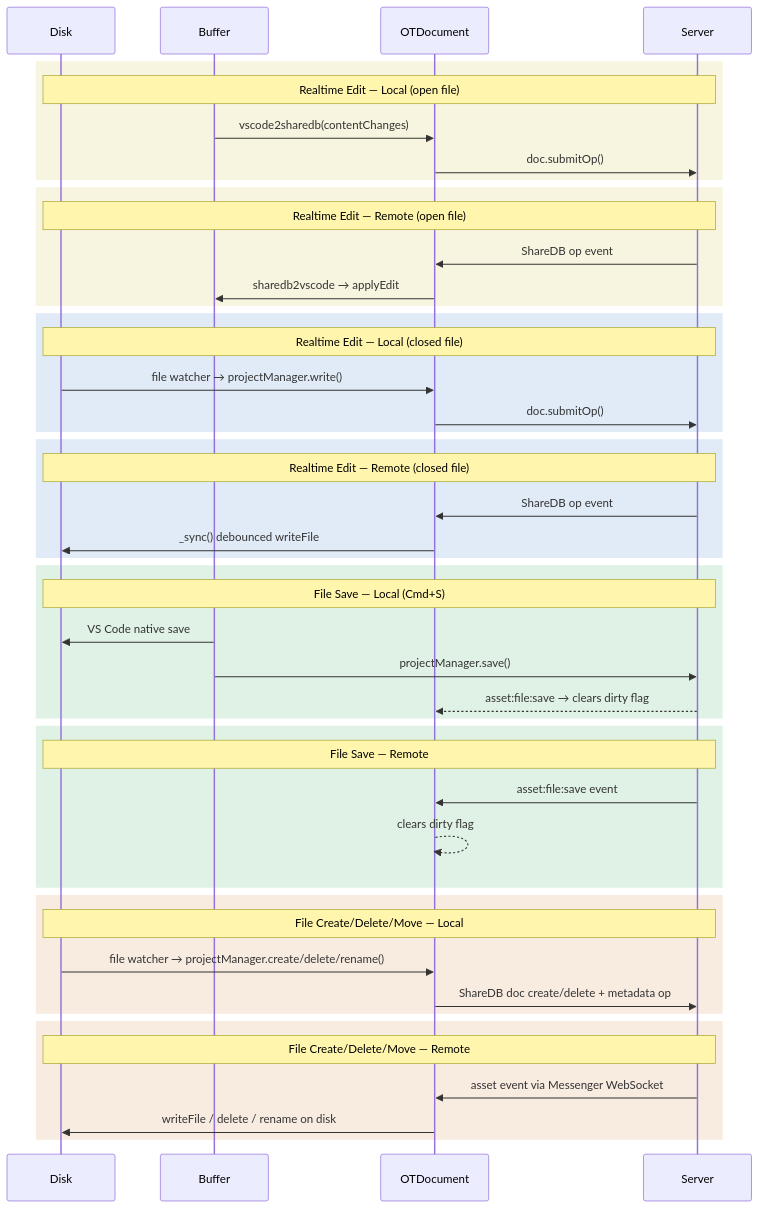
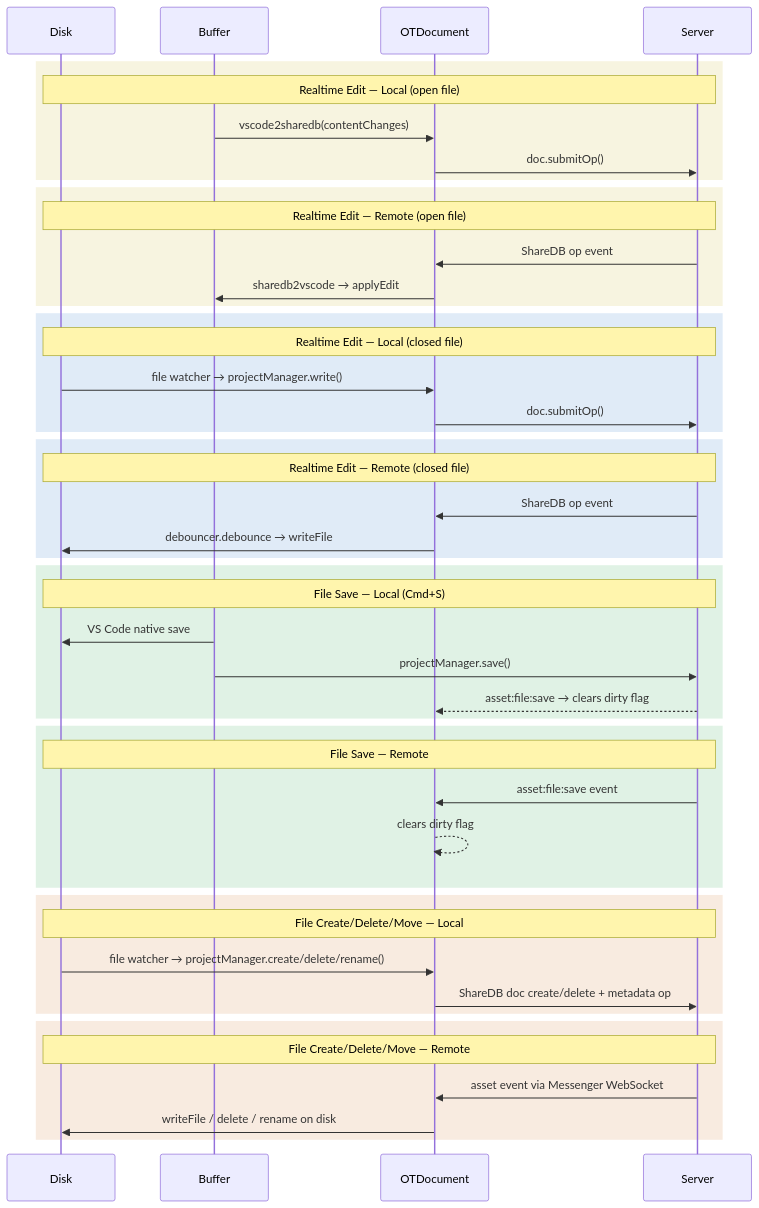
The diagram in README.md (playcanvas/vscode-extension), drawn with Mermaid before and after one commit. The commit also changed 2 other files, not shown here.

Commit message:
[REFACTOR] Clean up disk.ts and update architecture diagram (#253)
* refactor: move pool helper to utils

* refactor: standardize SYNC_DELAY usage and improve comments for clarity

* docs: restore why-notes on disk.ts comments

* docs: update architecture diagram to reference debouncer

````diff
--- a/README.md
+++ b/README.md
@@ -44,56 +44,56 @@
 ```mermaid
 sequenceDiagram
     participant D as Disk
     participant B as Buffer
     participant OT as OTDocument
     participant S as Server
 
     rect rgba(200, 180, 50, 0.15)
     Note over D, S: Realtime Edit — Local (open file)
     B ->> OT: vscode2sharedb(contentChanges)
     OT ->> S: doc.submitOp()
     end
 
     rect rgba(200, 180, 50, 0.15)
     Note over D, S: Realtime Edit — Remote (open file)
     S ->> OT: ShareDB op event
     OT ->> B: sharedb2vscode → applyEdit
     end
 
     rect rgba(50, 120, 200, 0.15)
     Note over D, S: Realtime Edit — Local (closed file)
     D ->> OT: file watcher → projectManager.write()
     OT ->> S: doc.submitOp()
     end
 
     rect rgba(50, 120, 200, 0.15)
     Note over D, S: Realtime Edit — Remote (closed file)
     S ->> OT: ShareDB op event
-    OT ->> D: _sync() debounced writeFile
+    OT ->> D: debouncer.debounce → writeFile
     end
 
     rect rgba(50, 170, 80, 0.15)
     Note over D, S: File Save — Local (Cmd+S)
     B ->> D: VS Code native save
     B ->> S: projectManager.save()
     S -->> OT: asset:file:save → clears dirty flag
     end
 
     rect rgba(50, 170, 80, 0.15)
     Note over D, S: File Save — Remote
     S ->> OT: asset:file:save event
     OT -->> OT: clears dirty flag
     end
 
     rect rgba(210, 120, 50, 0.15)
     Note over D, S: File Create/Delete/Move — Local
     D ->> OT: file watcher → projectManager.create/delete/rename()
     OT ->> S: ShareDB doc create/delete + metadata op
     end
 
     rect rgba(210, 120, 50, 0.15)
     Note over D, S: File Create/Delete/Move — Remote
     S ->> OT: asset event via Messenger WebSocket
     OT ->> D: writeFile / delete / rename on disk
     end
 ```
````
